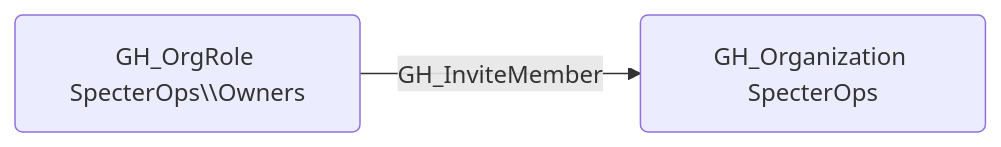
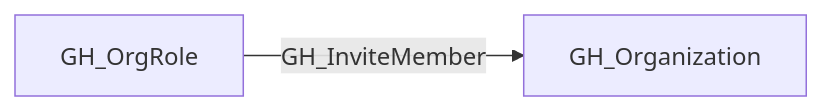
Before and after one commit to SpecterOps/bloodhound-docs: the first of 2 diagrams in docs/opengraph/extensions/github/edges/gh_invitemember.mdx, drawn with Mermaid. The commit also changed other lines of this file and 292 other files, not shown here.

````diff
--- a/docs/opengraph/extensions/github/edges/gh_invitemember.mdx
+++ b/docs/opengraph/extensions/github/edges/gh_invitemember.mdx
@@ -19,6 +16,6 @@
 ```mermaid
-graph LR
-    node1("GH_OrgRole SpecterOps\\Owners")
-    node2("GH_Organization SpecterOps")
-    node1 -- GH_InviteMember --> node2
+flowchart LR
+    GH_Organization["GH_Organization"]
+    GH_OrgRole["GH_OrgRole"]
+    GH_OrgRole -- GH_InviteMember --> GH_Organization
 ```
````
